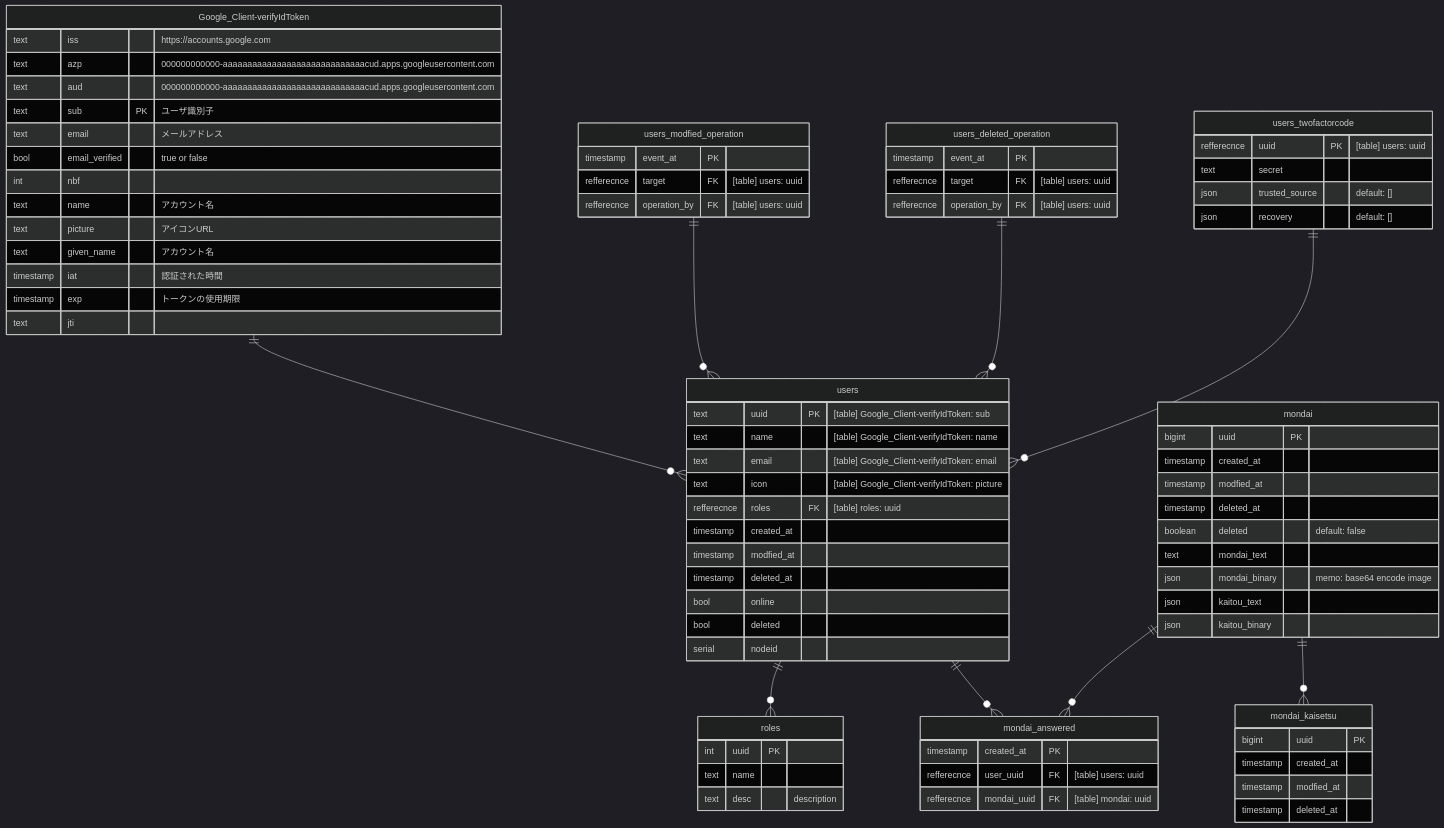
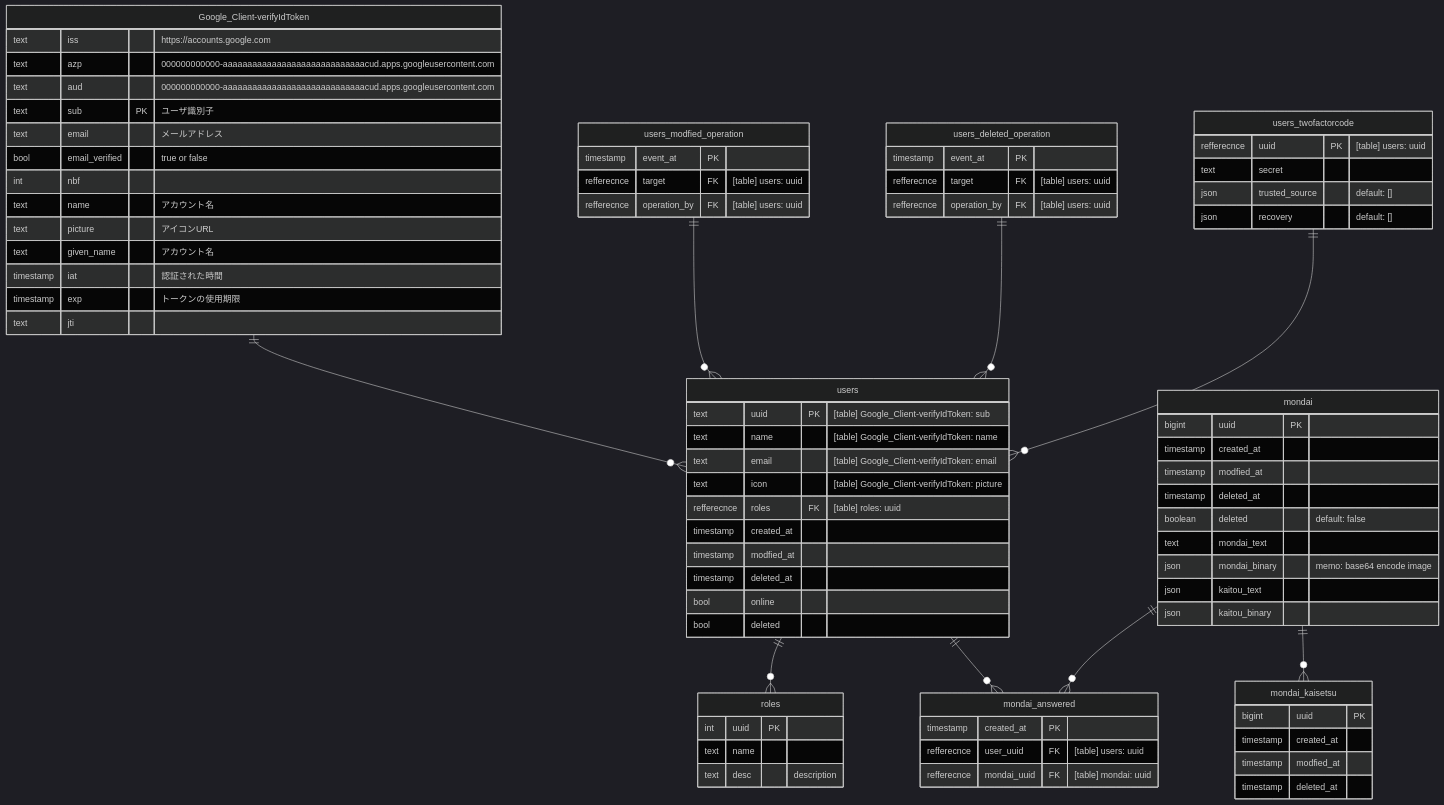
Before and after one commit to n138-kz/denkou-kakomon-dotcom: the diagram in README.md, drawn with Mermaid (dark theme). The commit also changed 1 other file, not shown here.

Commit message:
remove nodeid

```diff
--- a/README.md
+++ b/README.md
@@ -61,7 +61,6 @@
     timestamp deleted_at
     bool online
     bool deleted 
-    serial nodeid
 }
 
 roles {
```
